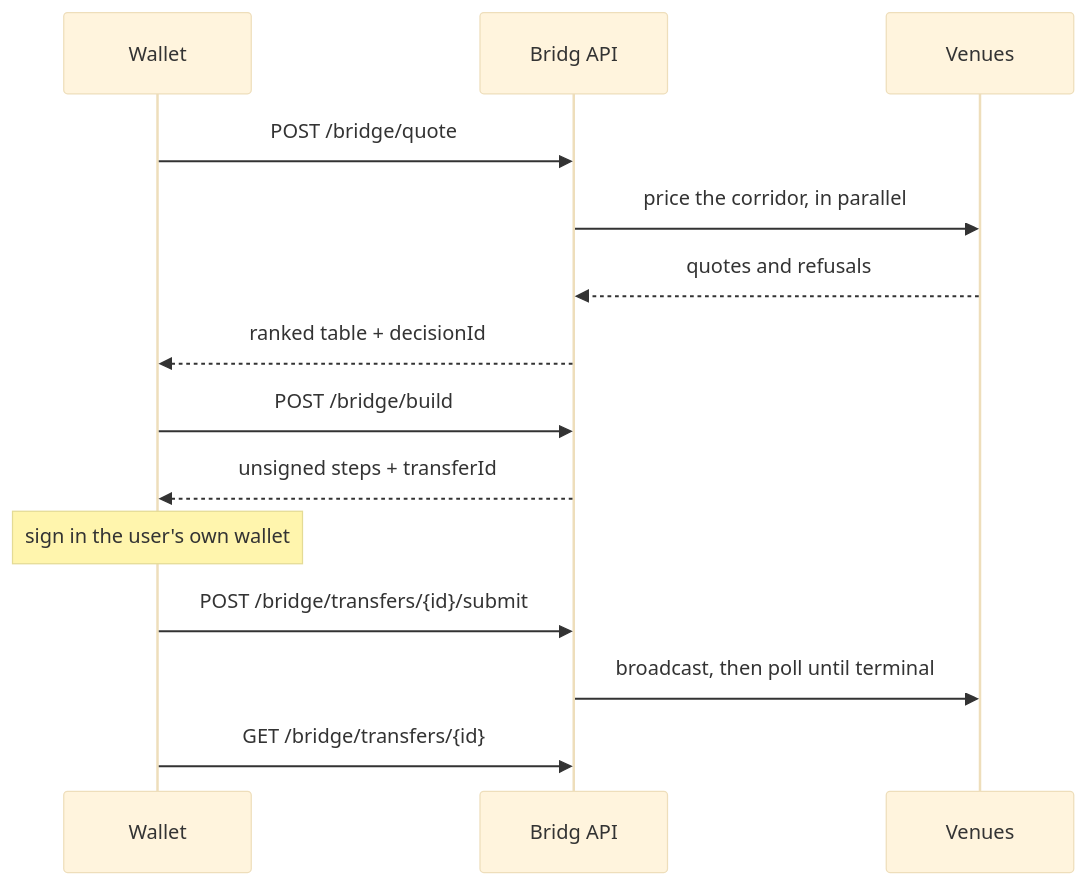
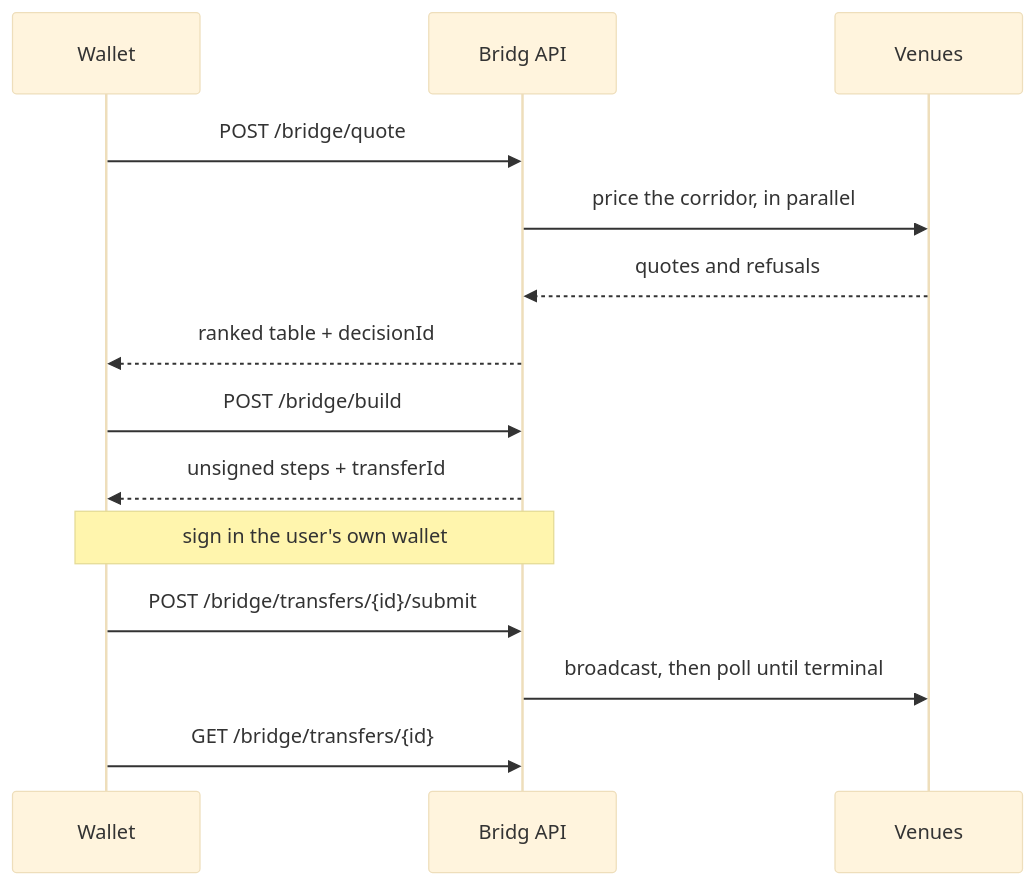
Before and after one commit to Kernlog/brdg-docs: the diagram in how-it-works.mdx, drawn with Mermaid (base theme). The commit also changed 39 other files, not shown here.

Commit message:
docs: inline venue marks, short endpoint titles, taller diagrams

````diff
--- a/how-it-works.mdx
+++ b/how-it-works.mdx
@@ -6,16 +6,16 @@
 ```mermaid
 sequenceDiagram
     participant W as Wallet
     participant B as Bridg API
     participant V as Venues
     W->>B: POST /bridge/quote
     B->>V: price the corridor, in parallel
     V-->>B: quotes and refusals
     B-->>W: ranked table + decisionId
     W->>B: POST /bridge/build
     B-->>W: unsigned steps + transferId
-    Note over W: sign in the user's own wallet
+    Note over W,B: sign in the user's own wallet
     W->>B: POST /bridge/transfers/{id}/submit
     B->>V: broadcast, then poll until terminal
     W->>B: GET /bridge/transfers/{id}
 ```
````
